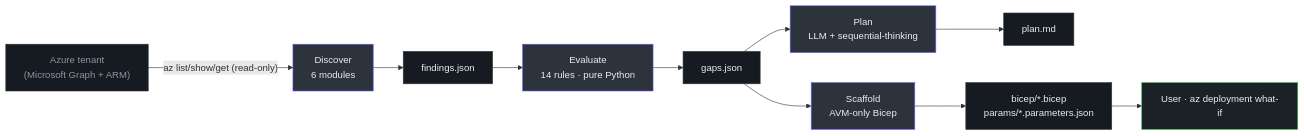
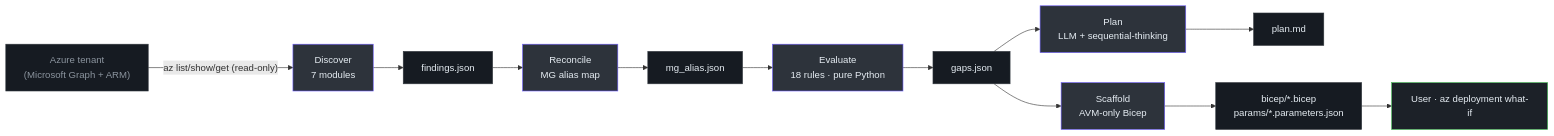
The diagram in wiki/docs/index.md (msucharda/slz-readiness), drawn with Mermaid before and after one commit. The commit also changed other lines of this file and 39 other files, not shown here.

````diff
--- a/wiki/docs/index.md
+++ b/wiki/docs/index.md
@@ -43,22 +45,24 @@
 ```mermaid
 flowchart LR
     A["Azure tenant<br>(Microsoft Graph + ARM)"]:::azure
-    B["Discover<br>6 modules"]:::phase
+    B["Discover<br>7 modules"]:::phase
     C["findings.json"]:::artifact
-    D["Evaluate<br>14 rules · pure Python"]:::phase
+    R["Reconcile<br>MG alias map"]:::phase
+    RA["mg_alias.json"]:::artifact
+    D["Evaluate<br>18 rules · pure Python"]:::phase
     E["gaps.json"]:::artifact
     F["Plan<br>LLM + sequential-thinking"]:::phase
     G["plan.md"]:::artifact
     H["Scaffold<br>AVM-only Bicep"]:::phase
     I["bicep/*.bicep<br>params/*.parameters.json"]:::artifact
     J["User · az deployment what-if"]:::user
 
     A -- "az list/show/get (read-only)" --> B
-    B --> C --> D --> E --> F --> G
+    B --> C --> R --> RA --> D --> E --> F --> G
     E --> H --> I --> J
 
     classDef phase fill:#2d333b,stroke:#6d5dfc,color:#e6edf3;
     classDef artifact fill:#161b22,stroke:#30363d,color:#e6edf3;
     classDef azure fill:#161b22,stroke:#30363d,color:#8b949e;
     classDef user fill:#1c2128,stroke:#3fb950,color:#e6edf3;
 ```
````
